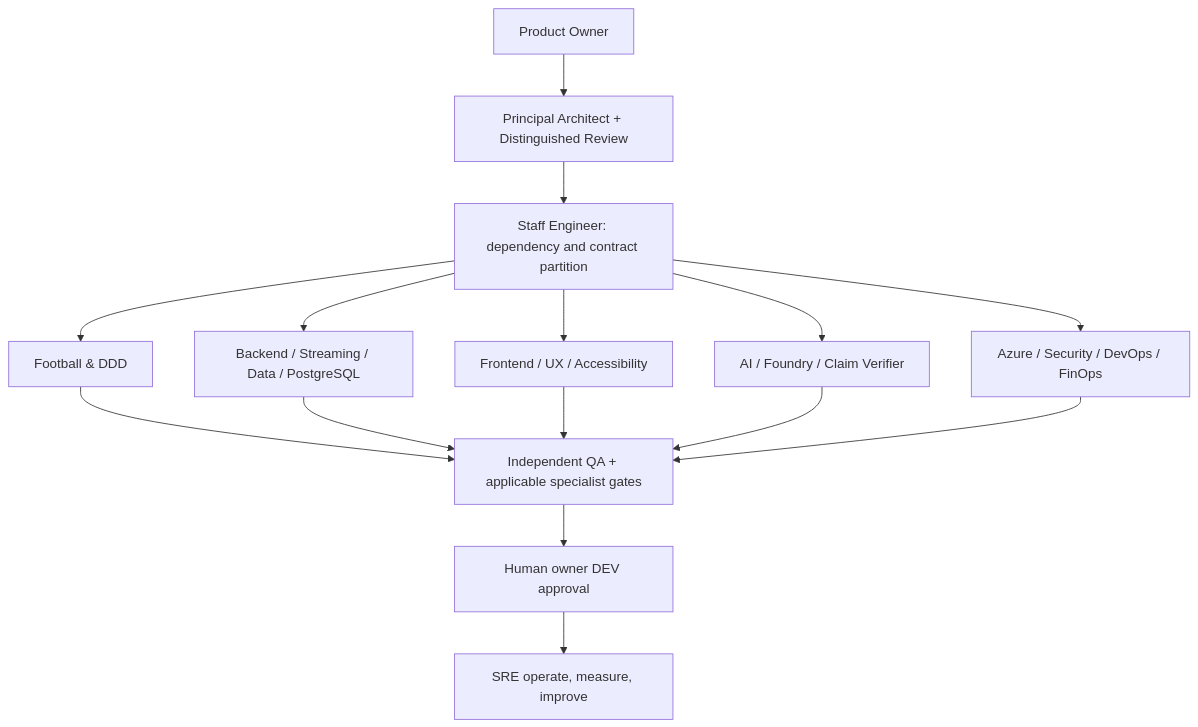
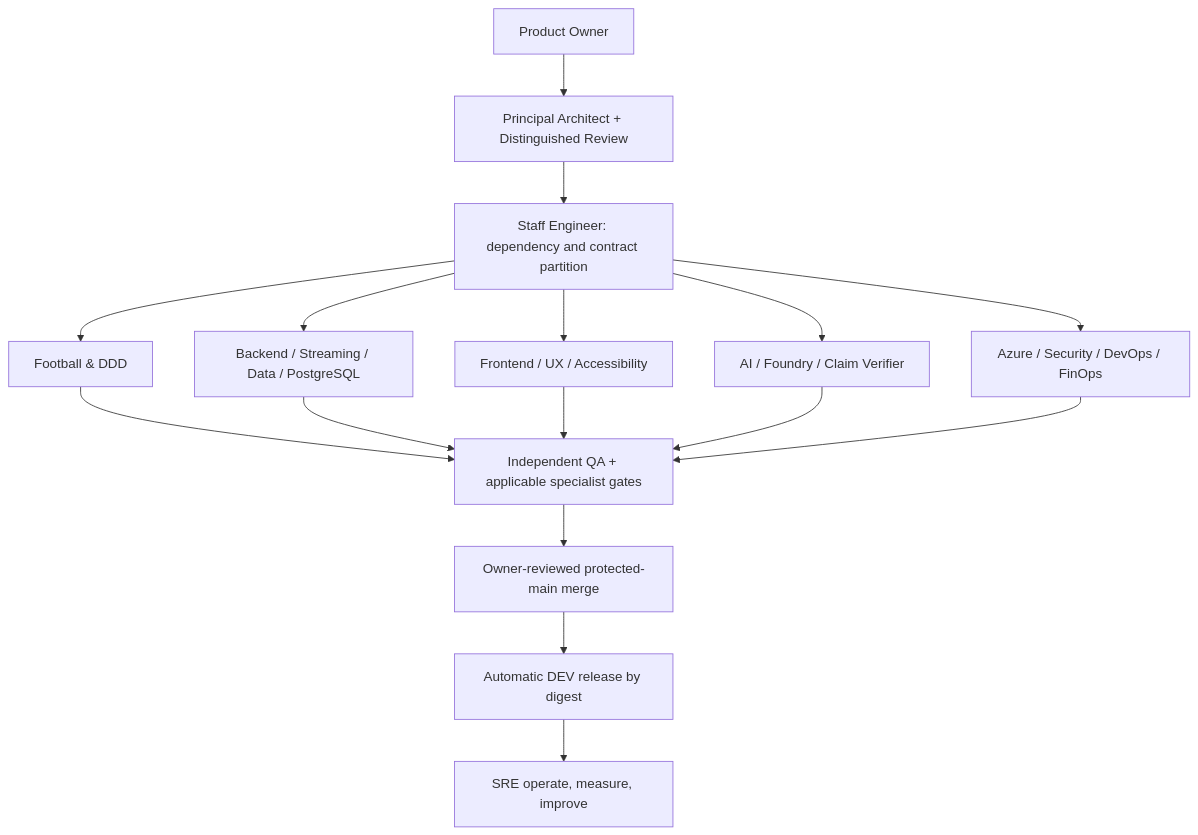
The second of 3 diagrams in docs/operating-model/WORKFLOW-DIAGRAMS.md (prateekgangopadhyay/PitchMind), drawn with Mermaid before and after one commit. The commit also changed other lines of this file and 56 other files, not shown here.

Commit message:
Configure automatic DEV delivery from validated main

````diff
--- a/docs/operating-model/WORKFLOW-DIAGRAMS.md
+++ b/docs/operating-model/WORKFLOW-DIAGRAMS.md
@@ -30,17 +30,18 @@
 ```mermaid
 flowchart TB
   PO["Product Owner"] --> PA["Principal Architect + Distinguished Review"]
   PA --> ST["Staff Engineer: dependency and contract partition"]
   ST --> F["Football & DDD"]
   ST --> D["Backend / Streaming / Data / PostgreSQL"]
   ST --> X["Frontend / UX / Accessibility"]
   ST --> AI["AI / Foundry / Claim Verifier"]
   ST --> AZ["Azure / Security / DevOps / FinOps"]
   F --> Q["Independent QA + applicable specialist gates"]
   D --> Q
   X --> Q
   AI --> Q
   AZ --> Q
-  Q --> HU["Human owner DEV approval"]
-  HU --> OPS["SRE operate, measure, improve"]
+  Q --> MAIN["Owner-reviewed protected-main merge"]
+  MAIN --> DEV["Automatic DEV release by digest"]
+  DEV --> OPS["SRE operate, measure, improve"]
 ```
````
